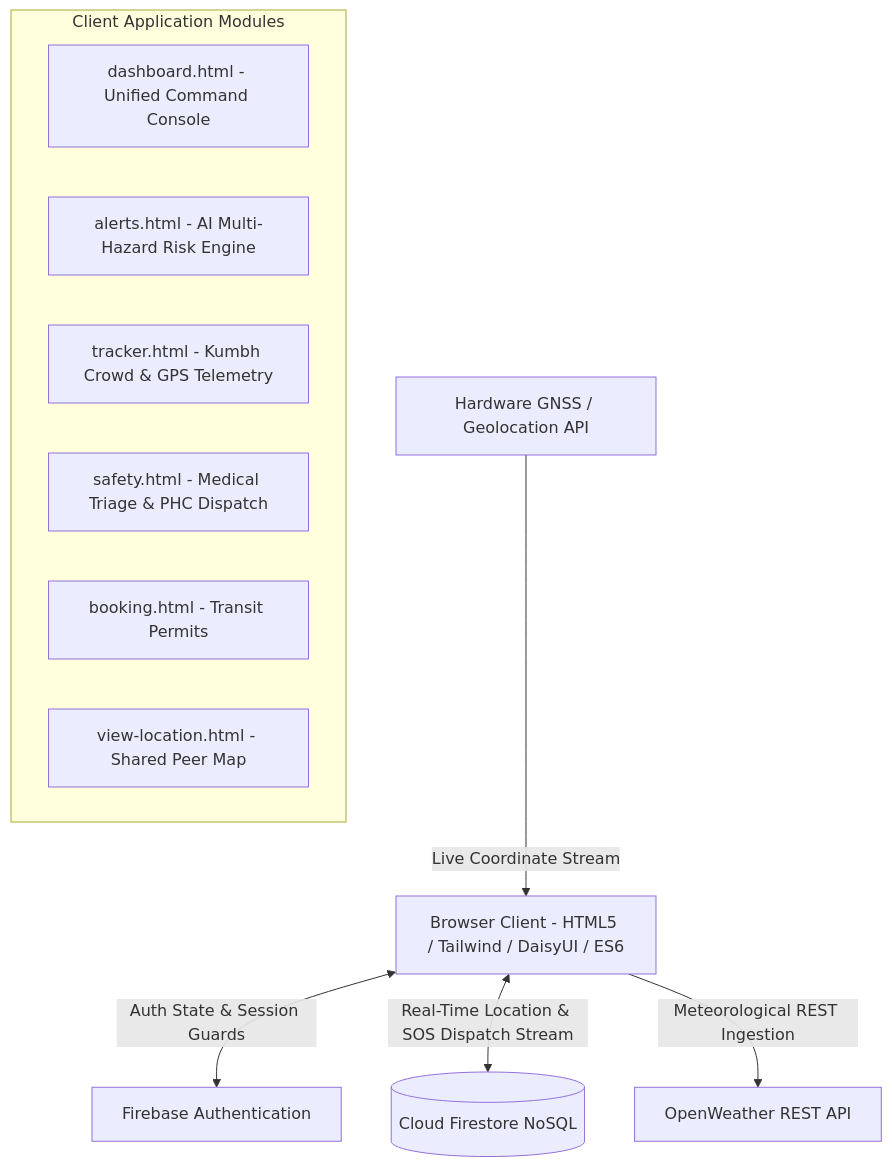
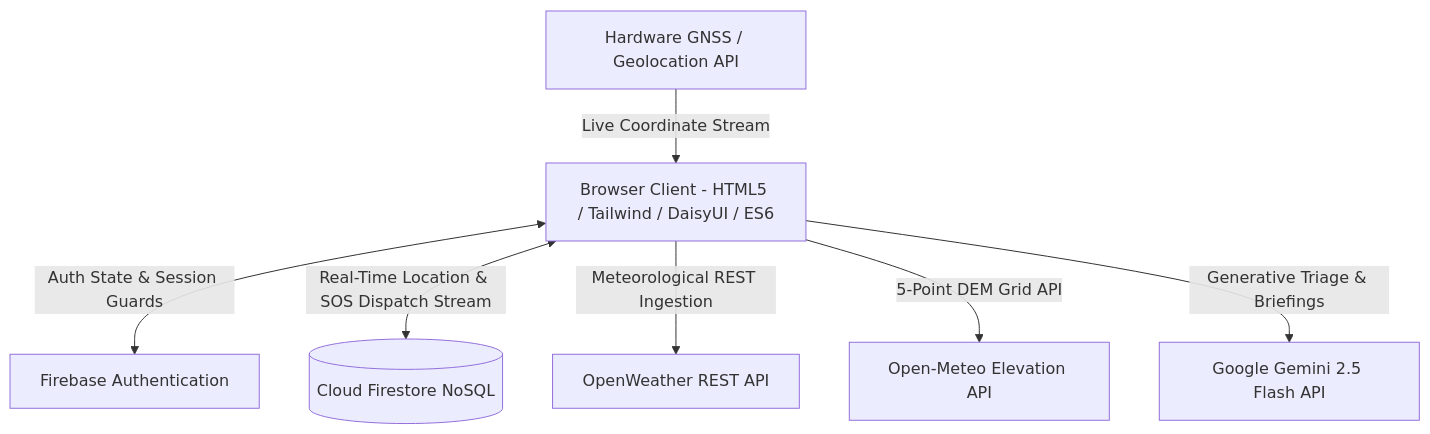
The diagram in README.md (robertsonathokpam/exploreguard_2.0), drawn with Mermaid before and after one commit. The commit also changed other lines of this file and 11 other files, not shown here.

First line of the commit message:
feat: Enhance ExploreGuard UI and functionality for AI Medical Triage & Crowd Telemetry

````diff
--- a/README.md
+++ b/README.md
@@ -59,16 +78,9 @@
 ```mermaid
 graph TD
     Client[Browser Client - HTML5 / Tailwind / DaisyUI / ES6] <--> |Auth State & Session Guards| Auth[Firebase Authentication]
     Client <--> |Real-Time Location & SOS Dispatch Stream| DB[(Cloud Firestore NoSQL)]
     Client --> |Meteorological REST Ingestion| WeatherAPI[OpenWeather REST API]
+    Client --> |5-Point DEM Grid API| DEMAPI[Open-Meteo Elevation API]
+    Client --> |Generative Triage & Briefings| GeminiAPI[Google Gemini 2.5 Flash API]
     Sensors[Hardware GNSS / Geolocation API] --> |Live Coordinate Stream| Client
-    
-    subgraph Client Application Modules
-      Dash[dashboard.html - Unified Command Console]
-      Alert[alerts.html - AI Multi-Hazard Risk Engine]
-      Track[tracker.html - Kumbh Crowd & GPS Telemetry]
-      Safety[safety.html - Medical Triage & PHC Dispatch]
-      Book[booking.html - Transit Permits]
-      View[view-location.html - Shared Peer Map]
-    end
 ```
````
